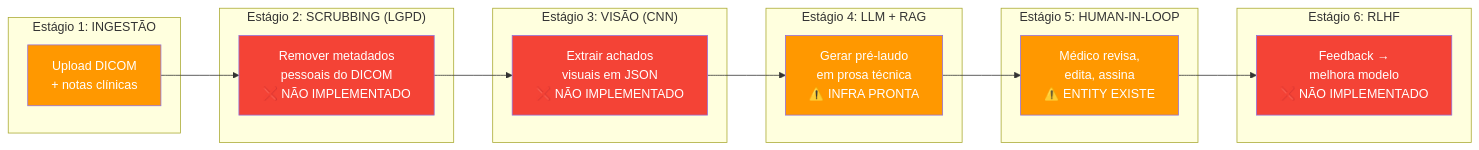
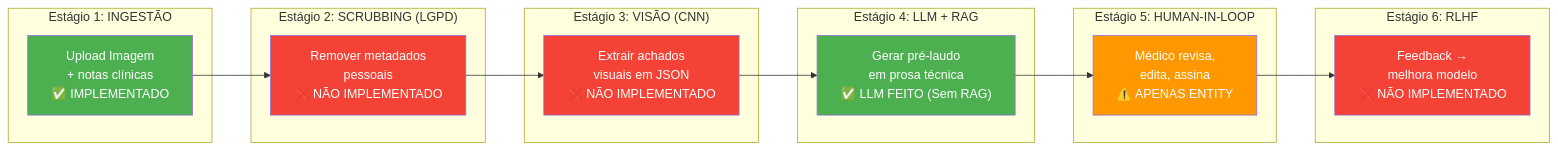
The fifth of 5 diagrams in context/ai-pipeline.md (RyanAguiiarr/Tila_Brain), drawn with Mermaid before and after one commit. The commit also changed other lines of this file and 19 other files, not shown here.

````diff
--- a/context/ai-pipeline.md
+++ b/context/ai-pipeline.md
@@ -412,35 +242,35 @@
 ```mermaid
 graph LR
     subgraph "Estágio 1: INGESTÃO"
-        A1["Upload DICOM<br/>+ notas clínicas"]
+        A1["Upload Imagem<br/>+ notas clínicas<br/>✅ IMPLEMENTADO"]
     end
 
     subgraph "Estágio 2: SCRUBBING (LGPD)"
-        A2["Remover metadados<br/>pessoais do DICOM<br/>❌ NÃO IMPLEMENTADO"]
+        A2["Remover metadados<br/>pessoais<br/>❌ NÃO IMPLEMENTADO"]
     end
 
     subgraph "Estágio 3: VISÃO (CNN)"
         A3["Extrair achados<br/>visuais em JSON<br/>❌ NÃO IMPLEMENTADO"]
     end
 
     subgraph "Estágio 4: LLM + RAG"
-        A4["Gerar pré-laudo<br/>em prosa técnica<br/>⚠️ INFRA PRONTA"]
+        A4["Gerar pré-laudo<br/>em prosa técnica<br/>✅ LLM FEITO (Sem RAG)"]
     end
 
     subgraph "Estágio 5: HUMAN-IN-LOOP"
-        A5["Médico revisa,<br/>edita, assina<br/>⚠️ ENTITY EXISTE"]
+        A5["Médico revisa,<br/>edita, assina<br/>⚠️ APENAS ENTITY"]
     end
 
     subgraph "Estágio 6: RLHF"
         A6["Feedback →<br/>melhora modelo<br/>❌ NÃO IMPLEMENTADO"]
     end
 
     A1 --> A2 --> A3 --> A4 --> A5 --> A6
 
-    style A1 fill:#FF9800,color:#fff
+    style A1 fill:#4CAF50,color:#fff
     style A2 fill:#f44336,color:#fff
     style A3 fill:#f44336,color:#fff
-    style A4 fill:#FF9800,color:#fff
+    style A4 fill:#4CAF50,color:#fff
     style A5 fill:#FF9800,color:#fff
     style A6 fill:#f44336,color:#fff
 ```
````
